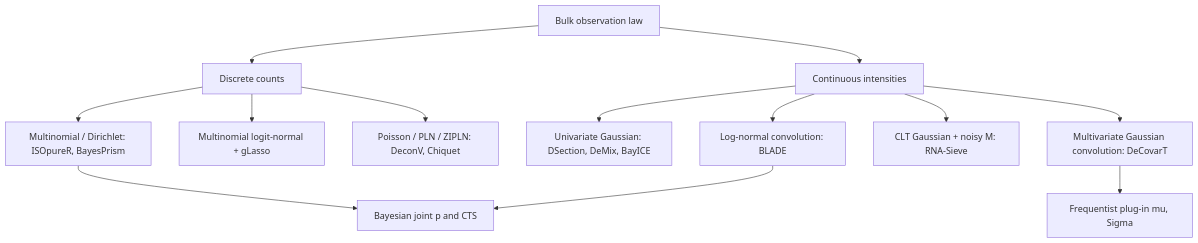
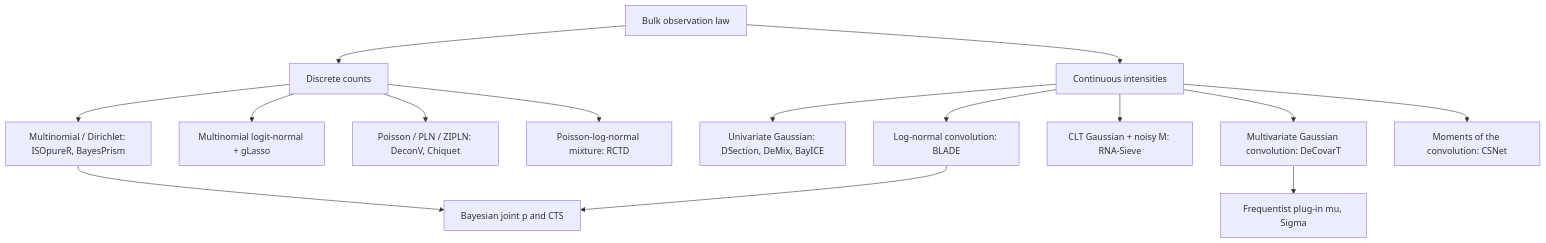
Before and after one commit to bastienchassagnol/DeCovarT: the ninth of 11 diagrams in vignettes/theory-decovart-statistical-perspectives.qmd, drawn with Mermaid. The commit also changed other lines of this file and 9 other files, not shown here.

````diff
--- a/vignettes/theory-decovart-statistical-perspectives.qmd
+++ b/vignettes/theory-decovart-statistical-perspectives.qmd
@@ -673,19 +759,21 @@
 ```{mermaid}
 %%| label: fig-observation-taxonomy
 %%| eval: true
 %%| fig-cap: "Taxonomy of observation models for bulk deconvolution, relative to DeCovarT's multivariate Gaussian convolution."
 %%{init: {"theme": "sandstone"}}%%
 flowchart TD
   A["Bulk observation law"] --> B["Discrete counts"]
   A --> C["Continuous intensities"]
   B --> D["Multinomial / Dirichlet: ISOpureR, BayesPrism"]
   B --> LN["Multinomial logit-normal + gLasso"]
   B --> E["Poisson / PLN / ZIPLN: DeconV, Chiquet"]
+  B --> RCTD["Poisson-log-normal mixture: RCTD"]
   C --> F["Univariate Gaussian: DSection, DeMix, BayICE"]
   C --> G["Multivariate Gaussian convolution: DeCovarT"]
   C --> RS["CLT Gaussian + noisy M: RNA-Sieve"]
   C --> H["Log-normal convolution: BLADE"]
+  C --> CSN["Moments of the convolution: CSNet"]
   D --> I["Bayesian joint p and CTS"]
   G --> J["Frequentist plug-in mu, Sigma"]
   H --> I
 ```
````
